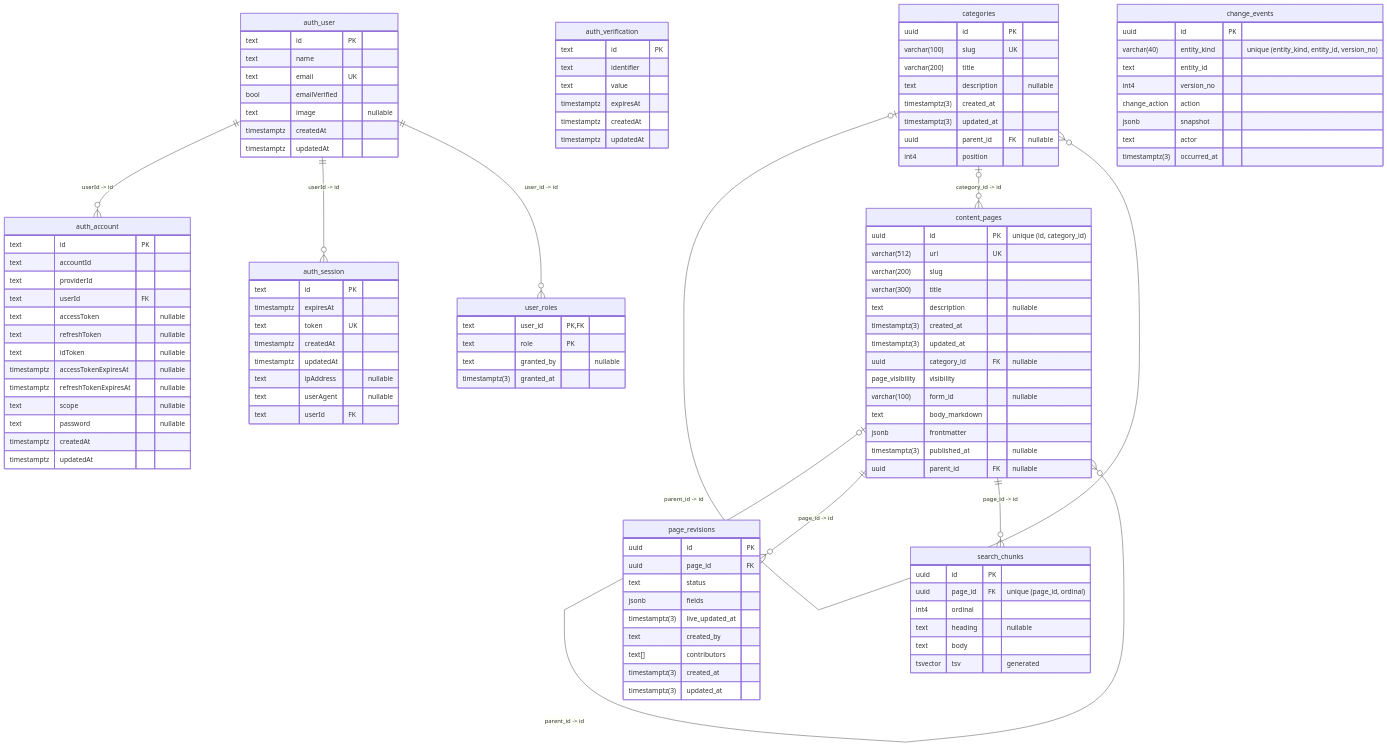
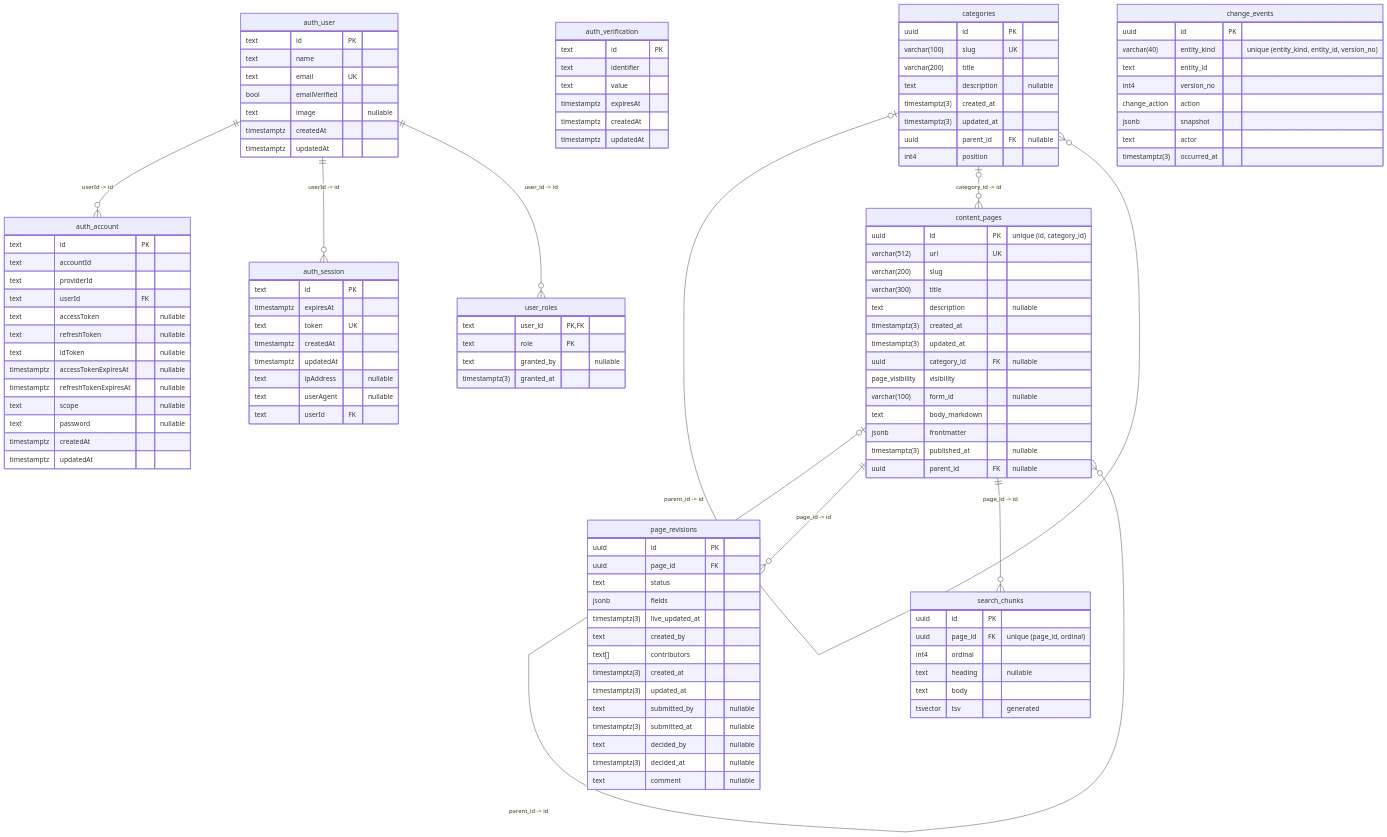
The diagram in apps/api_v2/README.md (govtech-bb/gov-bb), drawn with Mermaid before and after one commit. The commit also changed other lines of this file and 16 other files, not shown here.

```diff
--- a/apps/api_v2/README.md
+++ b/apps/api_v2/README.md
@@ -174,6 +190,11 @@
     text[] contributors
     timestamptz(3) created_at
     timestamptz(3) updated_at
+    text submitted_by "nullable"
+    timestamptz(3) submitted_at "nullable"
+    text decided_by "nullable"
+    timestamptz(3) decided_at "nullable"
+    text comment "nullable"
   }
   search_chunks {
     uuid id PK
```
